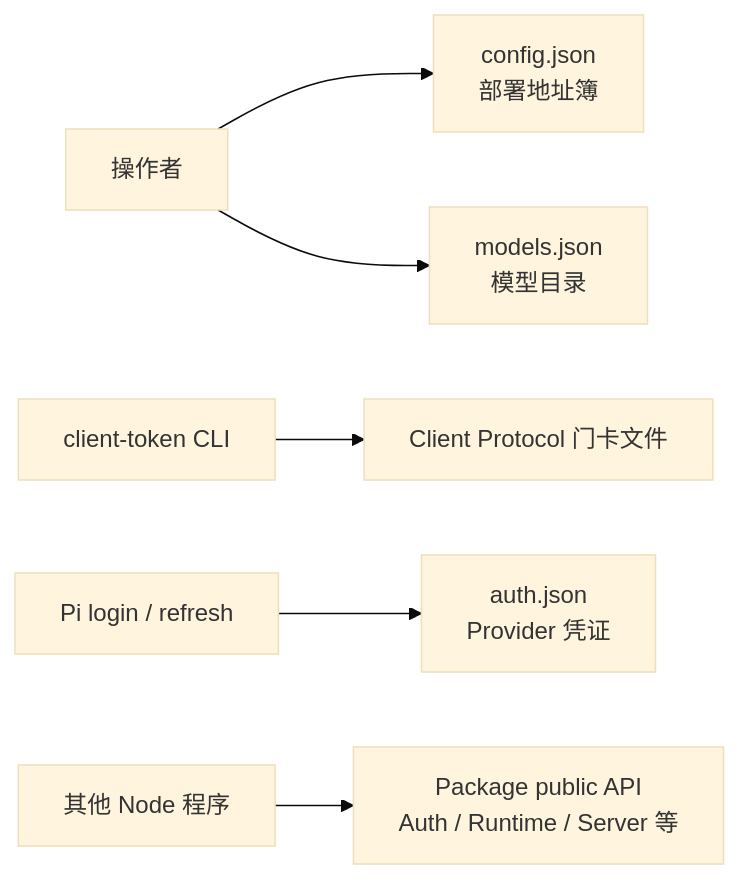
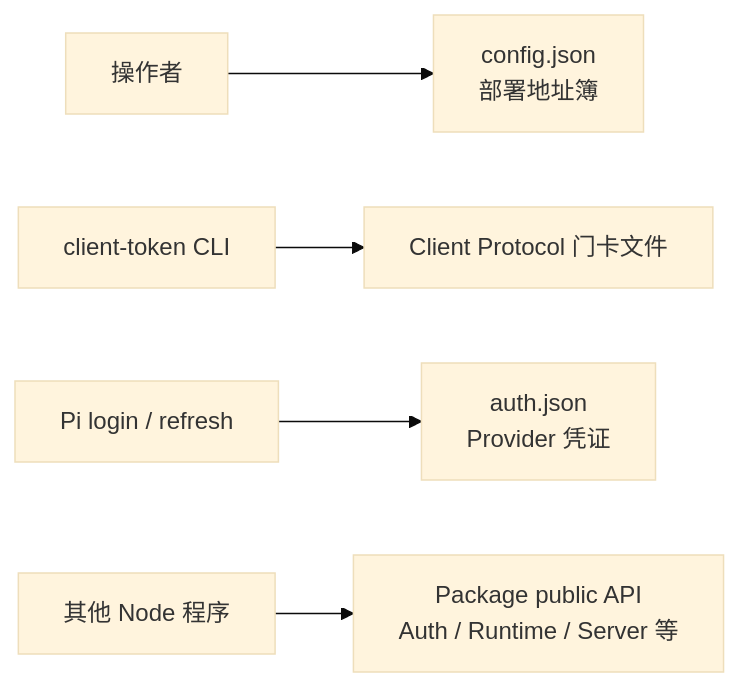
One commit to keeplearning2026/LuckyToken changed diagram 16 of 21 in doc/LuckyTokenArchitecture.md. Above: the diagram before and after it, drawn with Mermaid (base theme). The commit also changed other lines of this file and 34 other files, not shown here.

````diff
--- a/doc/LuckyTokenArchitecture.md
+++ b/doc/LuckyTokenArchitecture.md
@@ -1820,8 +1866,7 @@
 ```mermaid
 flowchart LR
     OP["操作者"] --> CFG["config.json\n部署地址簿"]
     CT["client-token CLI"] --> CA["Client Protocol 门卡文件"]
-    OP --> MM["models.json\n模型目录"]
     PI["Pi login / refresh"] --> PA["auth.json\nProvider 凭证"]
     APP["其他 Node 程序"] --> API["Package public API\nAuth / Runtime / Server 等"]
 ```
````
